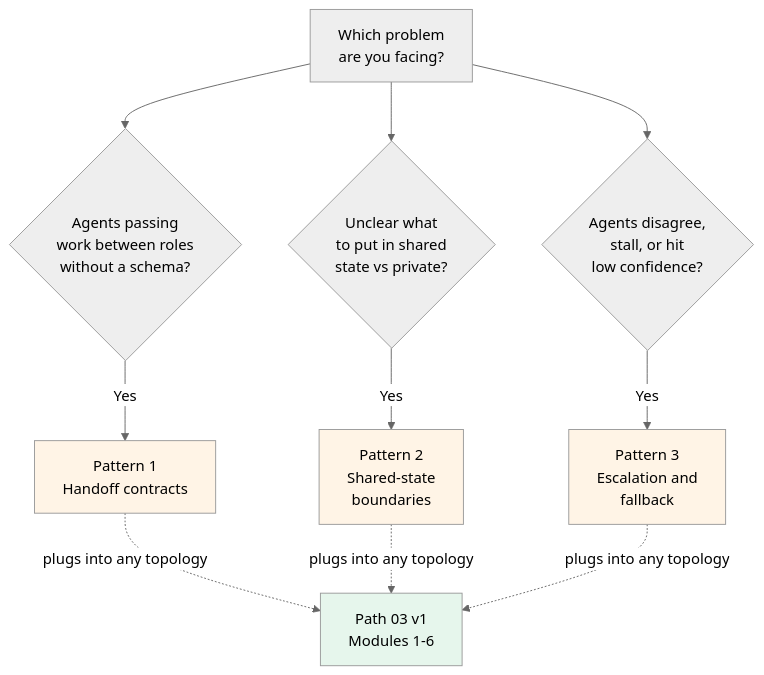
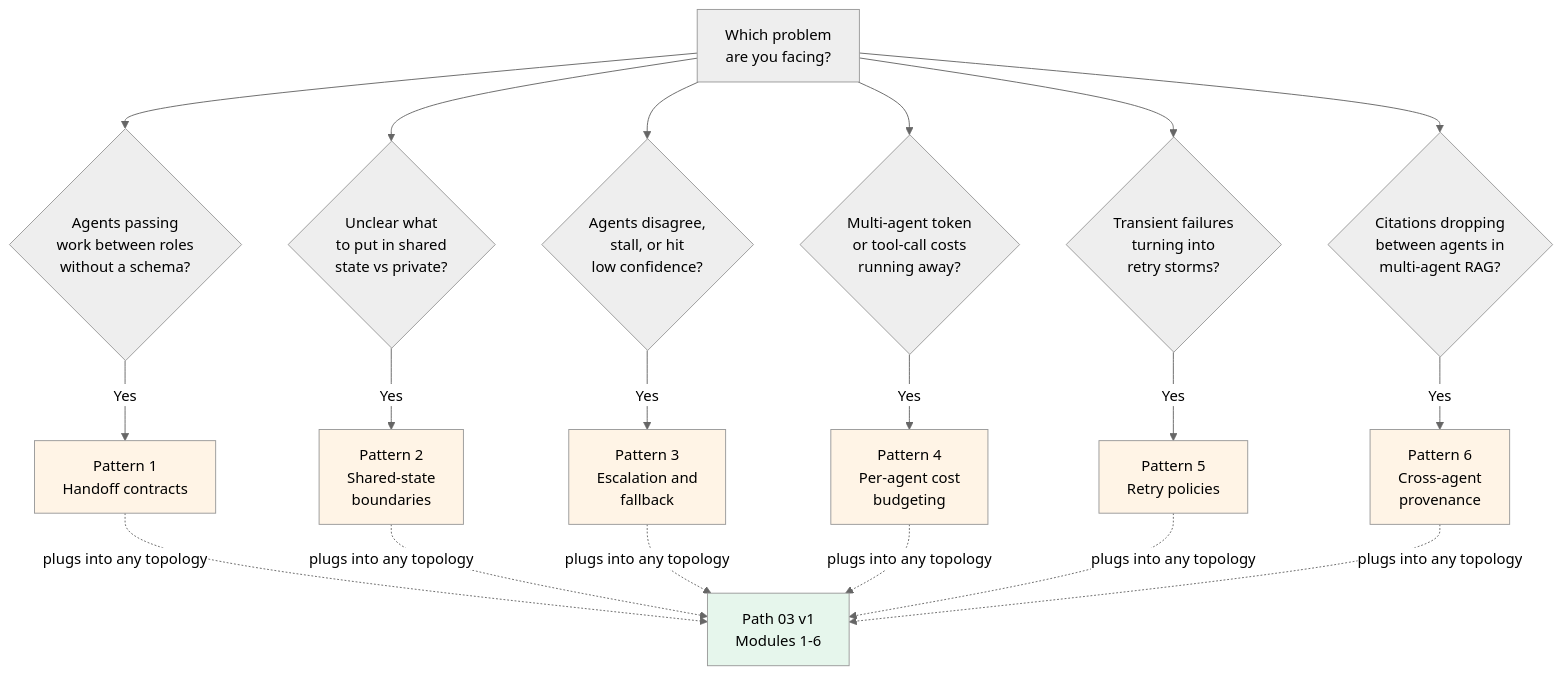
Before and after one commit to MHHamdan/Agentic-AI-Engineer: the diagram in learning-paths/03-multi-agent-systems/patterns/README.md, drawn with Mermaid (neutral theme). The commit also changed other lines of this file and 6 other files, not shown here.

First line of the commit message:
feat(path-03-v2): additional production multi-agent patterns

````diff
--- a/learning-paths/03-multi-agent-systems/patterns/README.md
+++ b/learning-paths/03-multi-agent-systems/patterns/README.md
@@ -33,19 +36,31 @@
 ```mermaid
 flowchart TD
     Start[Which problem<br/>are you facing?] --> Q1{Agents passing<br/>work between roles<br/>without a schema?}
     Start --> Q2{Unclear what<br/>to put in shared<br/>state vs private?}
     Start --> Q3{Agents disagree,<br/>stall, or hit<br/>low confidence?}
+    Start --> Q4{Multi-agent token<br/>or tool-call costs<br/>running away?}
+    Start --> Q5{Transient failures<br/>turning into<br/>retry storms?}
+    Start --> Q6{Citations dropping<br/>between agents in<br/>multi-agent RAG?}
 
     Q1 -- Yes --> P1[Pattern 1<br/>Handoff contracts]
     Q2 -- Yes --> P2[Pattern 2<br/>Shared-state<br/>boundaries]
     Q3 -- Yes --> P3[Pattern 3<br/>Escalation and<br/>fallback]
+    Q4 -- Yes --> P4[Pattern 4<br/>Per-agent cost<br/>budgeting]
+    Q5 -- Yes --> P5[Pattern 5<br/>Retry policies]
+    Q6 -- Yes --> P6[Pattern 6<br/>Cross-agent<br/>provenance]
 
     P1 -. plugs into any topology .-> Topologies[Path 03 v1<br/>Modules 1-6]
     P2 -. plugs into any topology .-> Topologies
     P3 -. plugs into any topology .-> Topologies
+    P4 -. plugs into any topology .-> Topologies
+    P5 -. plugs into any topology .-> Topologies
+    P6 -. plugs into any topology .-> Topologies
 
     style P1 fill:#fff4e6
     style P2 fill:#fff4e6
     style P3 fill:#fff4e6
+    style P4 fill:#fff4e6
+    style P5 fill:#fff4e6
+    style P6 fill:#fff4e6
     style Topologies fill:#e6f6ec
 ```
````
